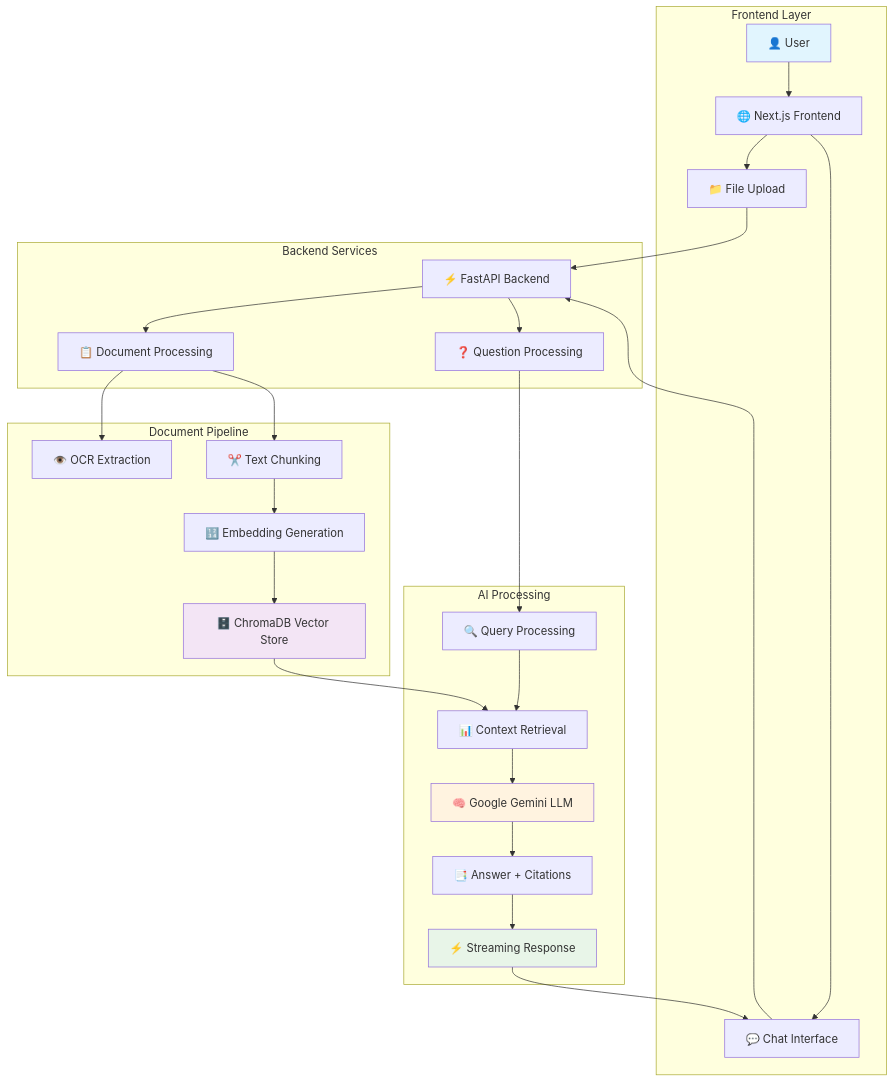
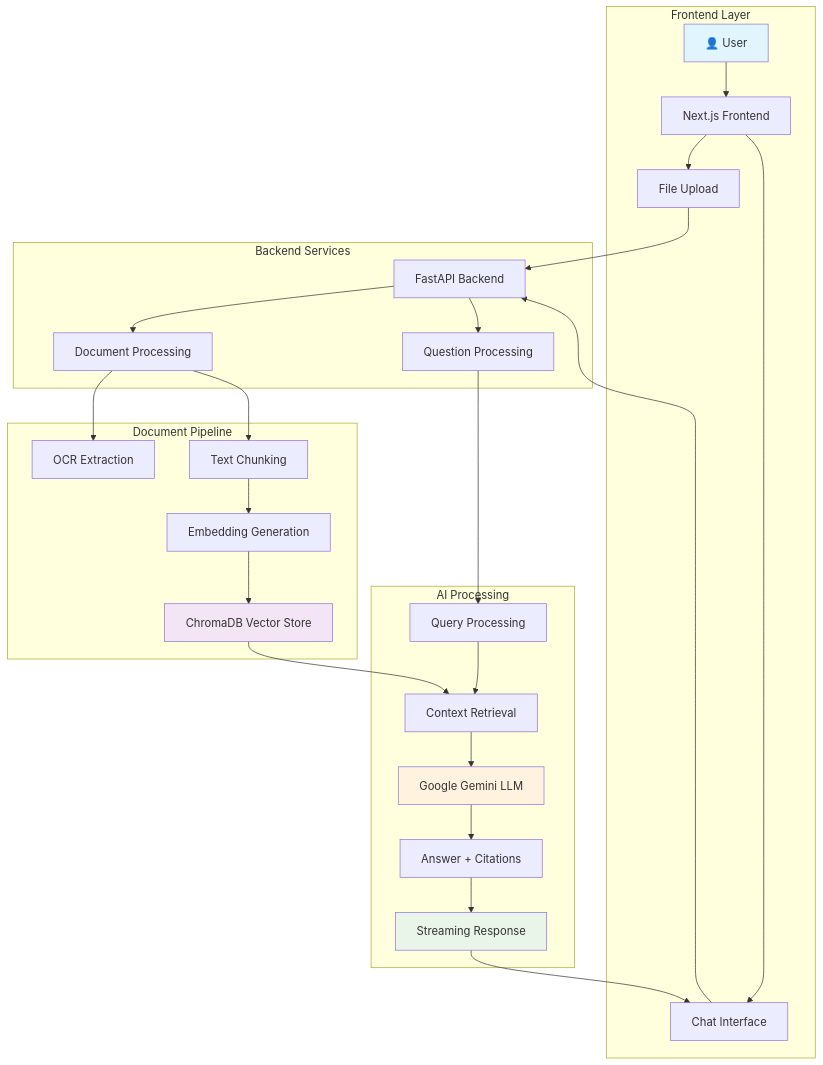
The diagram in README.md (Trideep-2k26/RAG-QA-Bot), drawn with Mermaid before and after one commit. The commit also changed other lines of this file, not shown here.

````diff
--- a/README.md
+++ b/README.md
@@ -70,38 +70,38 @@
 ```mermaid
 graph TB
     subgraph "Frontend Layer"
-        U[👤 User] --> F[🌐 Next.js Frontend]
-        F --> FU[📁 File Upload]
-        F --> CUI[💬 Chat Interface]
+        U[👤 User] --> F[ Next.js Frontend]
+        F --> FU[ File Upload]
+        F --> CUI[ Chat Interface]
     end
     
     subgraph "Backend Services"
-        FU --> B[⚡ FastAPI Backend]
+        FU --> B[ FastAPI Backend]
         CUI --> B
-        B --> DP[📋 Document Processing]
-        B --> ASK[❓ Question Processing]
+        B --> DP[ Document Processing]
+        B --> ASK[ Question Processing]
     end
     
     subgraph "Document Pipeline"
-        DP --> OCR[👁️ OCR Extraction]
-        DP --> TXT[✂️ Text Chunking]
-        TXT --> EMB[🔢 Embedding Generation]
-        EMB --> DB[🗄️ ChromaDB Vector Store]
+        DP --> OCR[ OCR Extraction]
+        DP --> TXT[ Text Chunking]
+        TXT --> EMB[ Embedding Generation]
+        EMB --> DB[ ChromaDB Vector Store]
     end
     
     subgraph "AI Processing"
-        ASK --> QP[🔍 Query Processing]
-        QP --> RET[📊 Context Retrieval]
-        RET --> LLM[🧠 Google Gemini LLM]
-        LLM --> RESP[📑 Answer + Citations]
-        RESP --> STREAM[⚡ Streaming Response]
+        ASK --> QP[ Query Processing]
+        QP --> RET[ Context Retrieval]
+        RET --> LLM[ Google Gemini LLM]
+        LLM --> RESP[ Answer + Citations]
+        RESP --> STREAM[ Streaming Response]
     end
     
     DB --> RET
     STREAM --> CUI
 
     style U fill:#e1f5fe
     style LLM fill:#fff3e0
     style DB fill:#f3e5f5
     style STREAM fill:#e8f5e8
 ```
````
